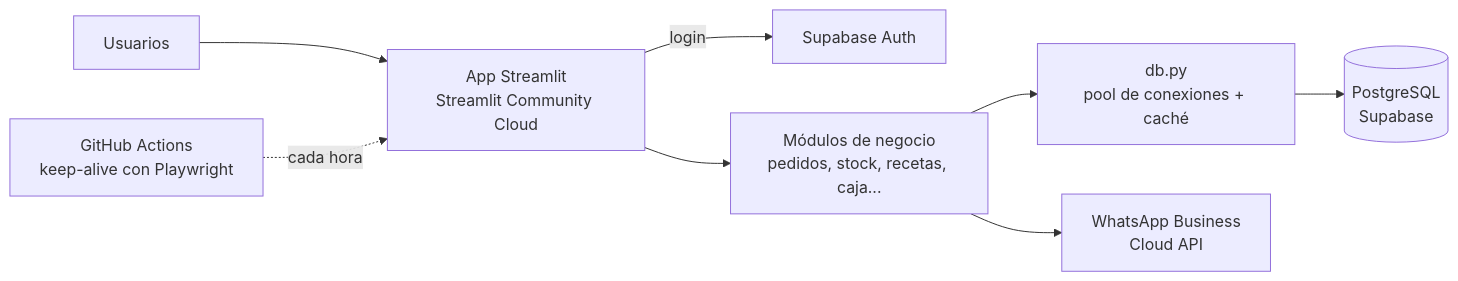
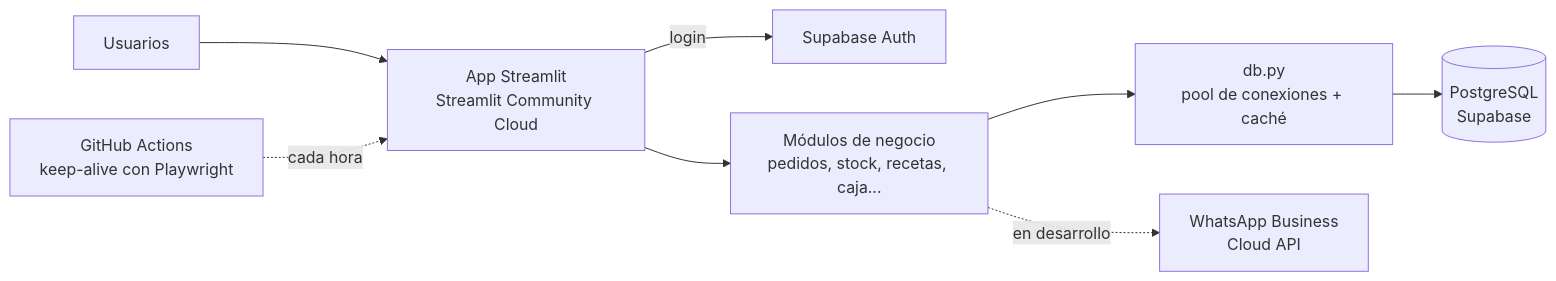
Before and after one commit to marceloisda-ship-it/panaderia-sistema: the diagram in README.md, drawn with Mermaid. The commit also changed other lines of this file and 1 other file, not shown here.

Commit message:
README: WhatsApp en desarrollo; corrige referencia

````diff
--- a/README.md
+++ b/README.md
@@ -21,10 +21,10 @@
 ```mermaid
 flowchart LR
     U[Usuarios] --> A[App Streamlit<br/>Streamlit Community Cloud]
     A -->|login| AUTH[Supabase Auth]
     A --> L[Módulos de negocio<br/>pedidos, stock, recetas, caja...]
     L --> DB[db.py<br/>pool de conexiones + caché]
     DB --> PG[(PostgreSQL<br/>Supabase)]
-    L --> WA[WhatsApp Business<br/>Cloud API]
+    L -. en desarrollo .-> WA[WhatsApp Business<br/>Cloud API]
     GH[GitHub Actions<br/>keep-alive con Playwright] -. cada hora .-> A
 ```
````
